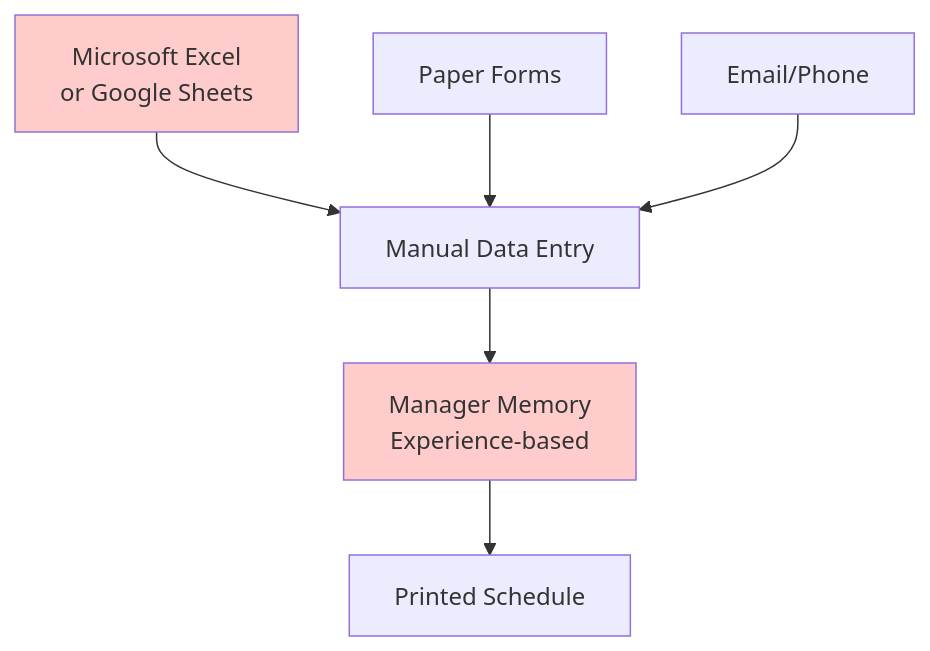
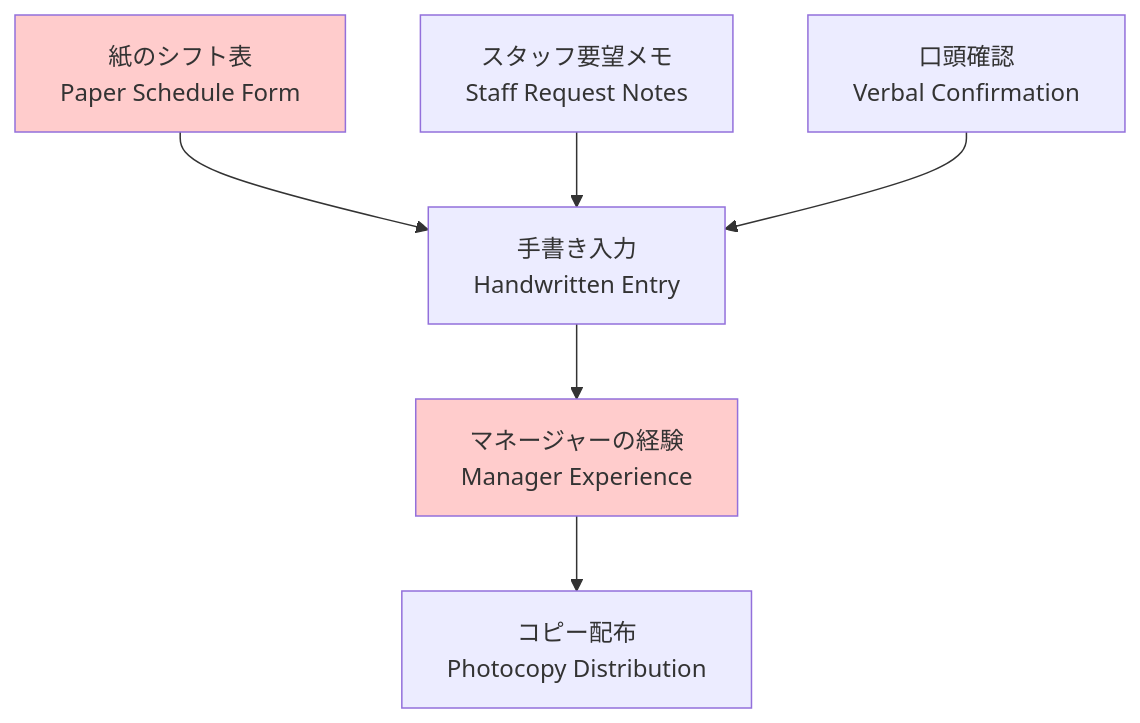
One commit to theshidiq/SSM-or-tools changed the ninth of 11 diagrams in research/visual-comparison.md. Above: the diagram before and after it, drawn with Mermaid. The commit also changed other lines of this file, not shown here.

First line of the commit message:
docs: Update visual-comparison.md with OR-Tools CP-SAT architecture

````diff
--- a/research/visual-comparison.md
+++ b/research/visual-comparison.md
@@ -318,11 +316,11 @@
 ```mermaid
 graph TD
-    A[Microsoft Excel<br/>or Google Sheets] --> B[Manual Data Entry]
-    C[Paper Forms] --> B
-    D[Email/Phone] --> B
-    B --> E[Manager Memory<br/>Experience-based]
-    E --> F[Printed Schedule]
+    A[紙のシフト表<br/>Paper Schedule Form] --> B[手書き入力<br/>Handwritten Entry]
+    C[スタッフ要望メモ<br/>Staff Request Notes] --> B
+    D[口頭確認<br/>Verbal Confirmation] --> B
+    B --> E[マネージャーの経験<br/>Manager Experience]
+    E --> F[コピー配布<br/>Photocopy Distribution]
 
     style A fill:#ffcccc
     style E fill:#ffcccc
 ```
````
